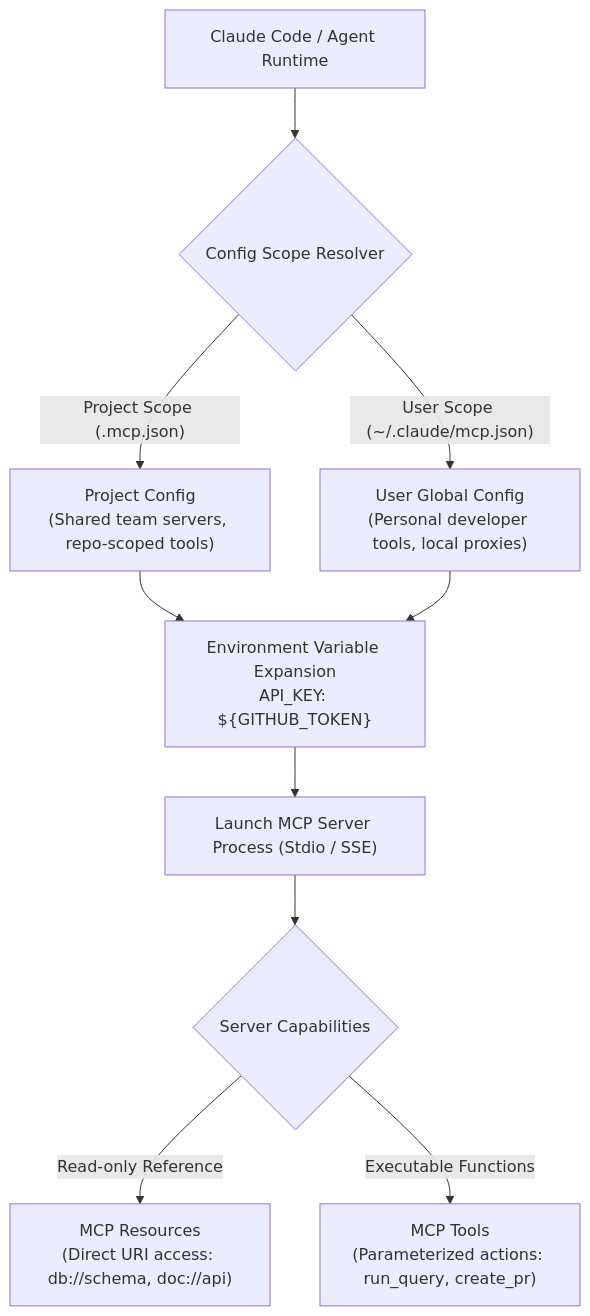
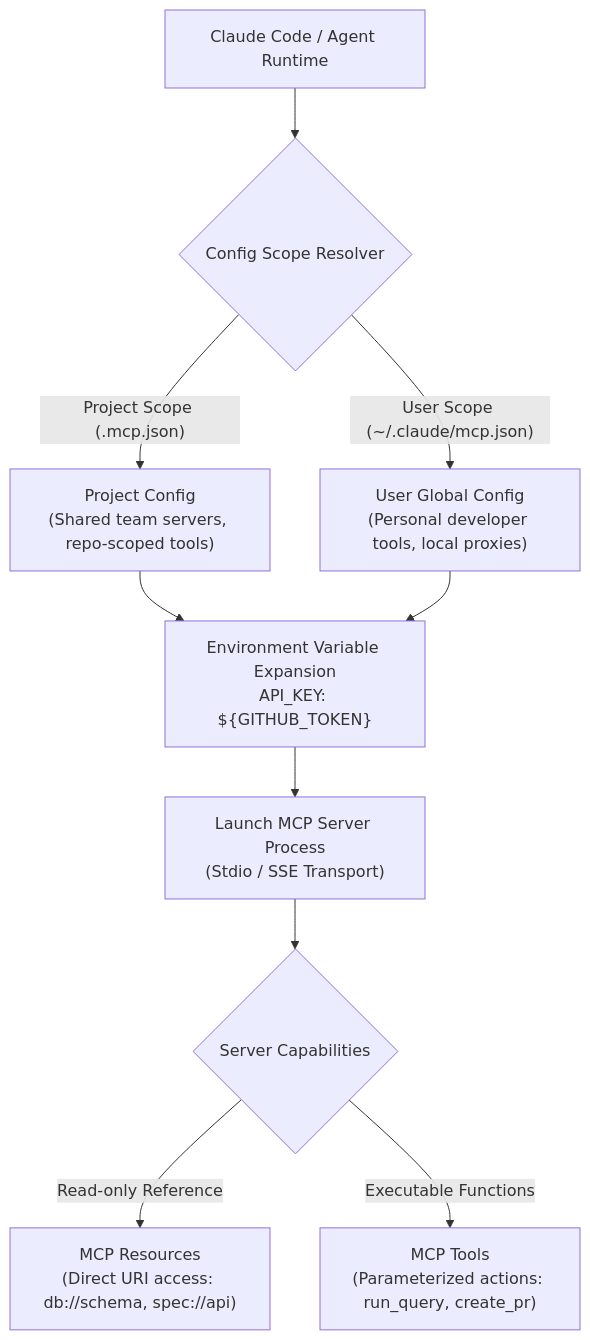
The diagram in domain2/ts_2_4_mcp_server_integration/README.md (dip4k/claude_cert_architect_foundation_prep), drawn with Mermaid before and after one commit. The commit also changed other lines of this file and 59 other files, not shown here.

````diff
--- a/domain2/ts_2_4_mcp_server_integration/README.md
+++ b/domain2/ts_2_4_mcp_server_integration/README.md
@@ -10,16 +72,16 @@
 ```mermaid
 flowchart TD
     Client["Claude Code / Agent Runtime"] --> Scopes{"Config Scope Resolver"}
     
     Scopes -->|"Project Scope (.mcp.json)"| ProjConfig["Project Config<br>(Shared team servers, repo-scoped tools)"]
     Scopes -->|"User Scope (~/.claude/mcp.json)"| UserConfig["User Global Config<br>(Personal developer tools, local proxies)"]
     
     ProjConfig --> EnvExpand["Environment Variable Expansion<br>API_KEY: ${GITHUB_TOKEN}"]
     UserConfig --> EnvExpand
     
-    EnvExpand --> MCPLaunch["Launch MCP Server Process (Stdio / SSE)"]
+    EnvExpand --> MCPLaunch["Launch MCP Server Process<br>(Stdio / SSE Transport)"]
     
     MCPLaunch --> Capabilities{"Server Capabilities"}
-    Capabilities -->|"Read-only Reference"| Resources["MCP Resources<br>(Direct URI access: db://schema, doc://api)"]
+    Capabilities -->|"Read-only Reference"| Resources["MCP Resources<br>(Direct URI access: db://schema, spec://api)"]
     Capabilities -->|"Executable Functions"| Tools["MCP Tools<br>(Parameterized actions: run_query, create_pr)"]
 ```
````
